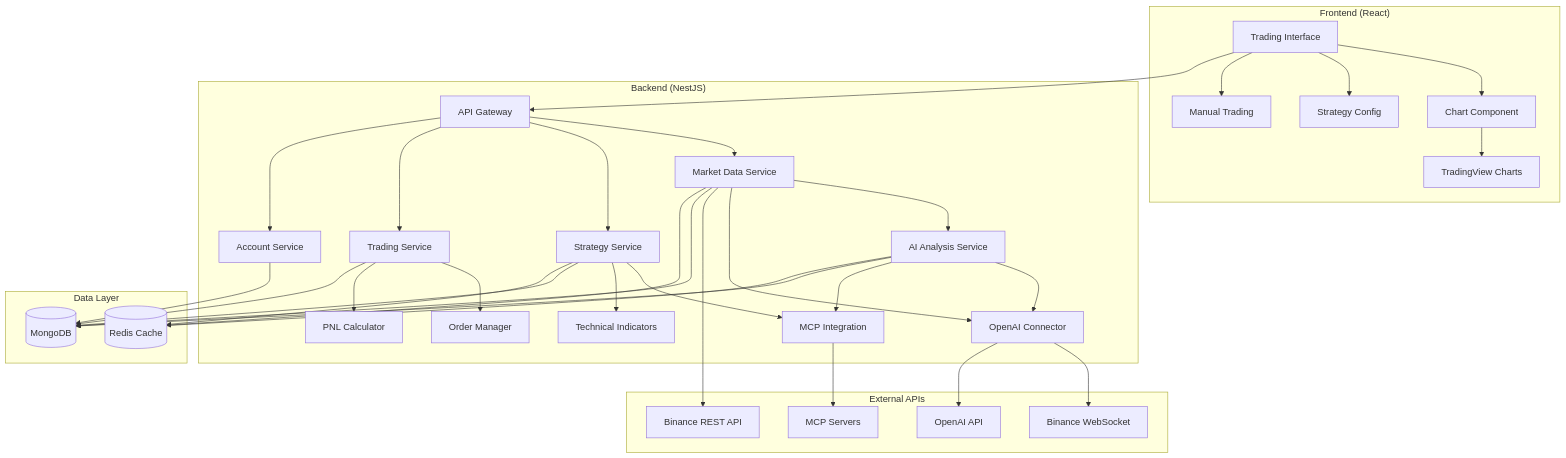
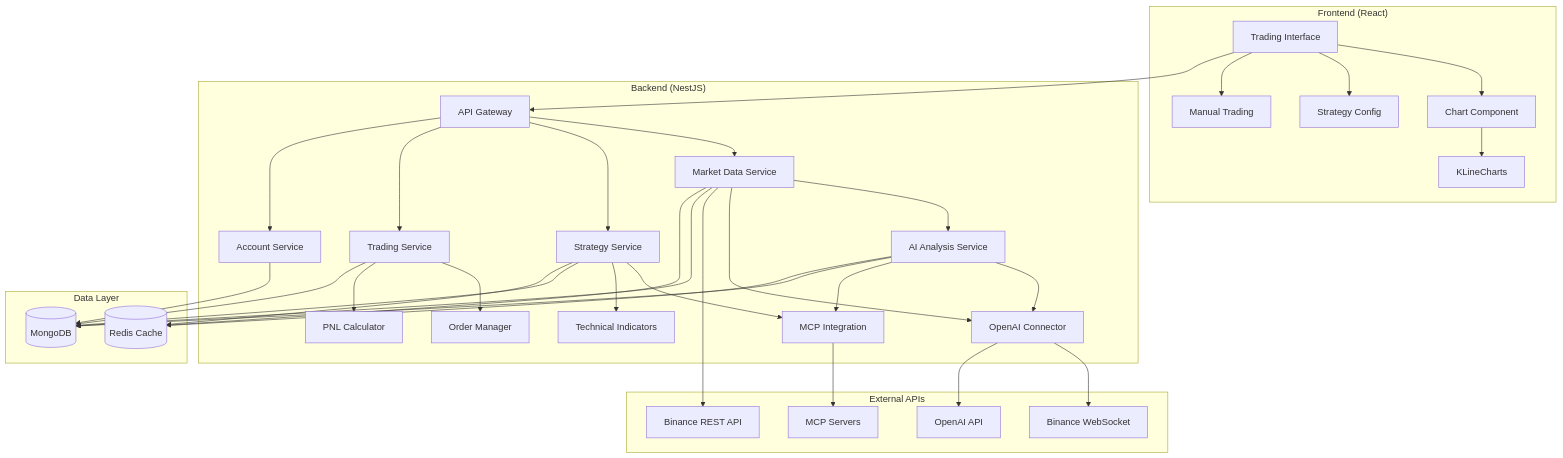
Before and after one commit to sirormy/kline-strategy-simulator: the diagram in .kiro/specs/kline-strategy-simulator/design.md, drawn with Mermaid. The commit also changed other lines of this file and 60 other files, not shown here.

````diff
--- a/.kiro/specs/kline-strategy-simulator/design.md
+++ b/.kiro/specs/kline-strategy-simulator/design.md
@@ -11,56 +11,56 @@
 ```mermaid
 graph TB
     subgraph "Frontend (React)"
         A[Trading Interface] --> B[Chart Component]
         A --> C[Strategy Config]
         A --> D[Manual Trading]
-        B --> E[TradingView Charts]
+        B --> E[KLineCharts]
     end
     
     subgraph "Backend (NestJS)"
         F[API Gateway] --> G[Market Data Service]
         F --> H[Strategy Service]
         F --> I[Trading Service]
         F --> J[Account Service]
         
         G --> K[Binance Connector]
         G --> L[WebSocket Handler]
         
         H --> M[Backtest Engine]
         H --> N[Technical Indicators]
         
         I --> O[Order Manager]
         I --> P[PNL Calculator]
         
         K[AI Analysis Service] --> L[OpenAI Connector]
         K --> M[MCP Integration]
     end
     
     subgraph "Data Layer"
         Q[(MongoDB)]
         R[(Redis Cache)]
     end
     
     subgraph "External APIs"
         S[Binance REST API]
         T[Binance WebSocket]
         U[OpenAI API]
         V[MCP Servers]
     end
     
     G --> S
     L --> T
     L --> U
     M --> V
     G --> Q
     H --> Q
     I --> Q
     J --> Q
     K --> Q
     
     G --> R
     H --> R
     K --> R
     
     A --> F
 ```
````
